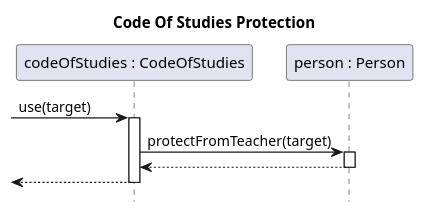
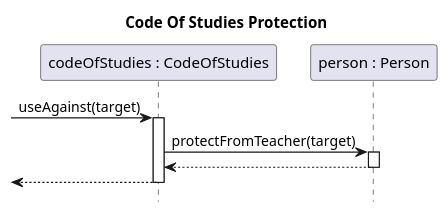
Before and after one commit to sn4k3ch4rm3r/logarlec: the diagram in docs/diagrams/sequence/item-code-of-studies-use.puml, drawn with PlantUML. The commit also changed 3 other files, not shown here.

```diff
--- a/docs/diagrams/sequence/item-code-of-studies-use.puml
+++ b/docs/diagrams/sequence/item-code-of-studies-use.puml
@@ -1,14 +1,14 @@
 @startuml item-code-of-studies-use
 
 title Code Of Studies Protection
 hide footbox
 
 participant "codeOfStudies : CodeOfStudies" as codeOfStudies
 participant "person : Person" as person
 
-[-> codeOfStudies ++: use(target)
+[-> codeOfStudies ++: useAgainst(target)
 	codeOfStudies -> person ++: protectFromTeacher(target)
 	return
 return
 
 @enduml
```
